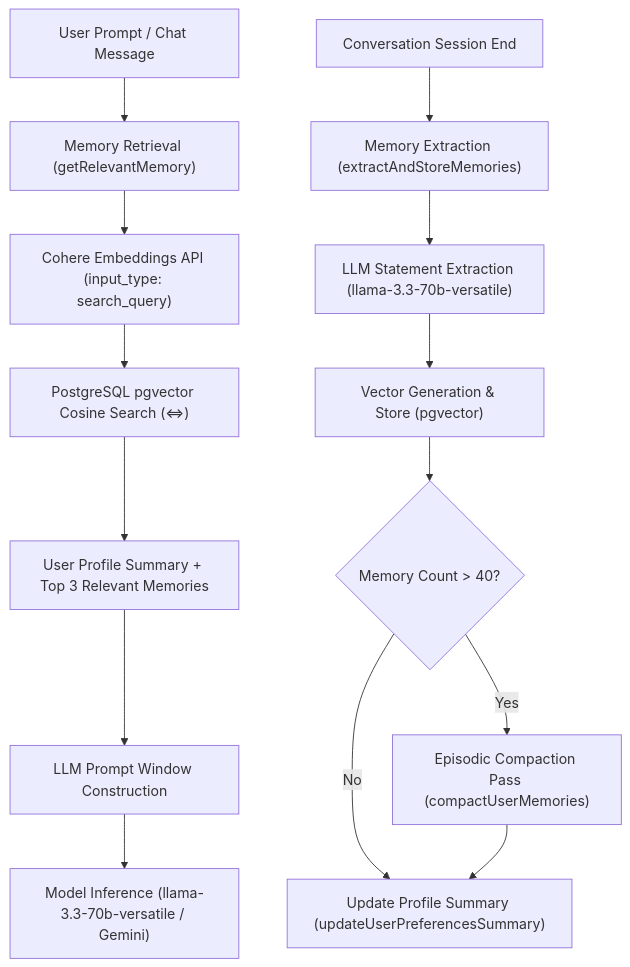
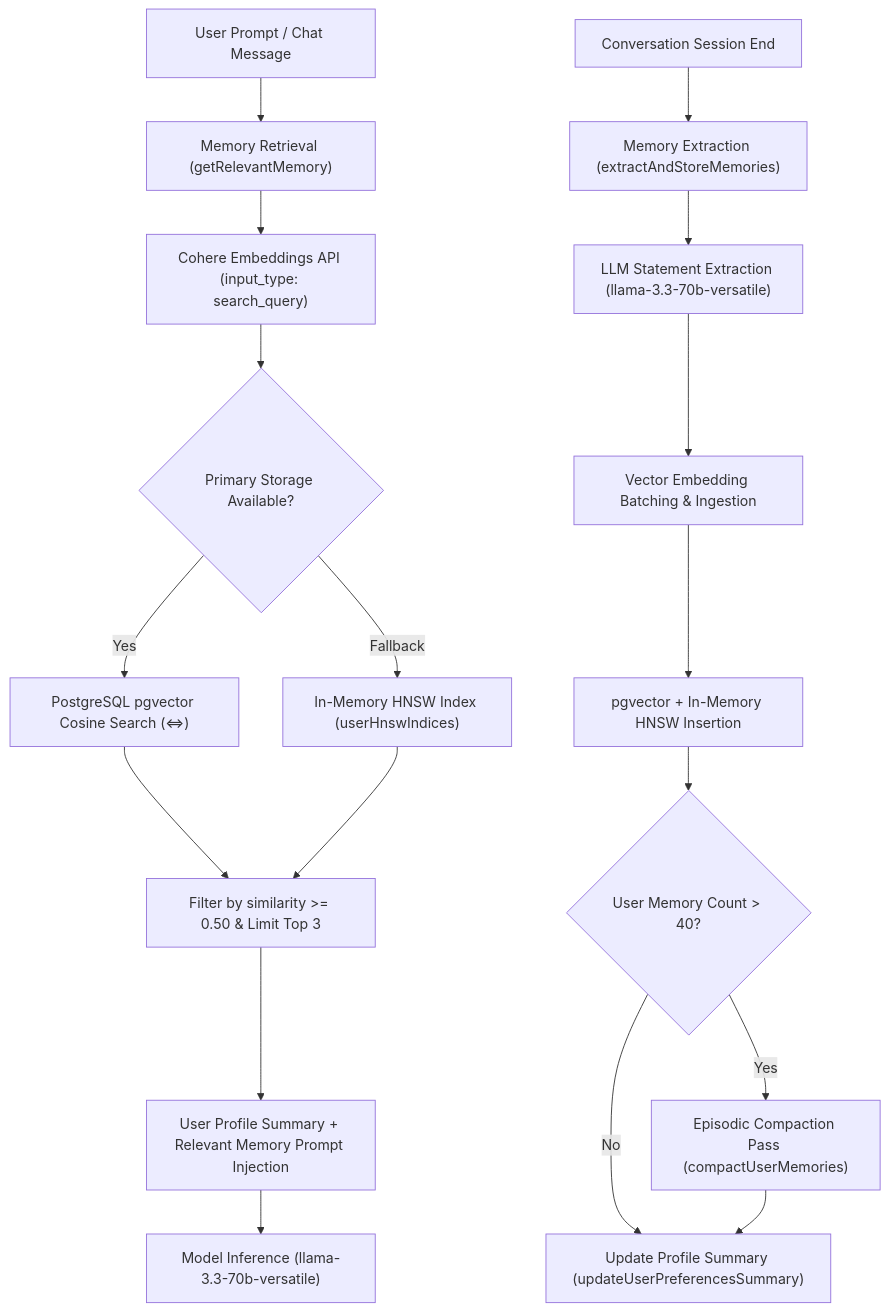
The first of 3 diagrams in docs/ai/memory-agent-pipeline.md (Aakif-Kohari/WorkSphere), drawn with Mermaid before and after one commit. The commit also changed other lines of this file and 1 other file, not shown here.

First line of the commit message:
doc: document vector embedding batching and HNSW indexing thresholds … (#4729)

````diff
--- a/docs/ai/memory-agent-pipeline.md
+++ b/docs/ai/memory-agent-pipeline.md
@@ -11,17 +11,21 @@
 ```mermaid
 flowchart TD
     A["User Prompt / Chat Message"] --> B["Memory Retrieval (getRelevantMemory)"]
     B --> C["Cohere Embeddings API (input_type: search_query)"]
-    C --> D["PostgreSQL pgvector Cosine Search (<=>)"]
-    D --> E["User Profile Summary + Top 3 Relevant Memories"]
-    E --> F["LLM Prompt Window Construction"]
-    F --> G["Model Inference (llama-3.3-70b-versatile / Gemini)"]
+    C --> D{"Primary Storage Available?"}
+    D -- Yes --> E["PostgreSQL pgvector Cosine Search (<=>)"]
+    D -- Fallback --> F["In-Memory HNSW Index (userHnswIndices)"]
+    E --> G["Filter by similarity >= 0.50 & Limit Top 3"]
+    F --> G
+    G --> H["User Profile Summary + Relevant Memory Prompt Injection"]
+    H --> I["Model Inference (llama-3.3-70b-versatile)"]
 
-    H["Conversation Session End"] --> I["Memory Extraction (extractAndStoreMemories)"]
-    I --> J["LLM Statement Extraction (llama-3.3-70b-versatile)"]
-    J --> K["Vector Generation & Store (pgvector)"]
-    K --> L{"Memory Count > 40?"}
-    L -- Yes --> M["Episodic Compaction Pass (compactUserMemories)"]
-    L -- No --> N["Update Profile Summary (updateUserPreferencesSummary)"]
-    M --> N
+    J["Conversation Session End"] --> K["Memory Extraction (extractAndStoreMemories)"]
+    K --> L["LLM Statement Extraction (llama-3.3-70b-versatile)"]
+    L --> M["Vector Embedding Batching & Ingestion"]
+    M --> N["pgvector + In-Memory HNSW Insertion"]
+    N --> O{"User Memory Count > 40?"}
+    O -- Yes --> P["Episodic Compaction Pass (compactUserMemories)"]
+    O -- No --> Q["Update Profile Summary (updateUserPreferencesSummary)"]
+    P --> Q
 ```
````
